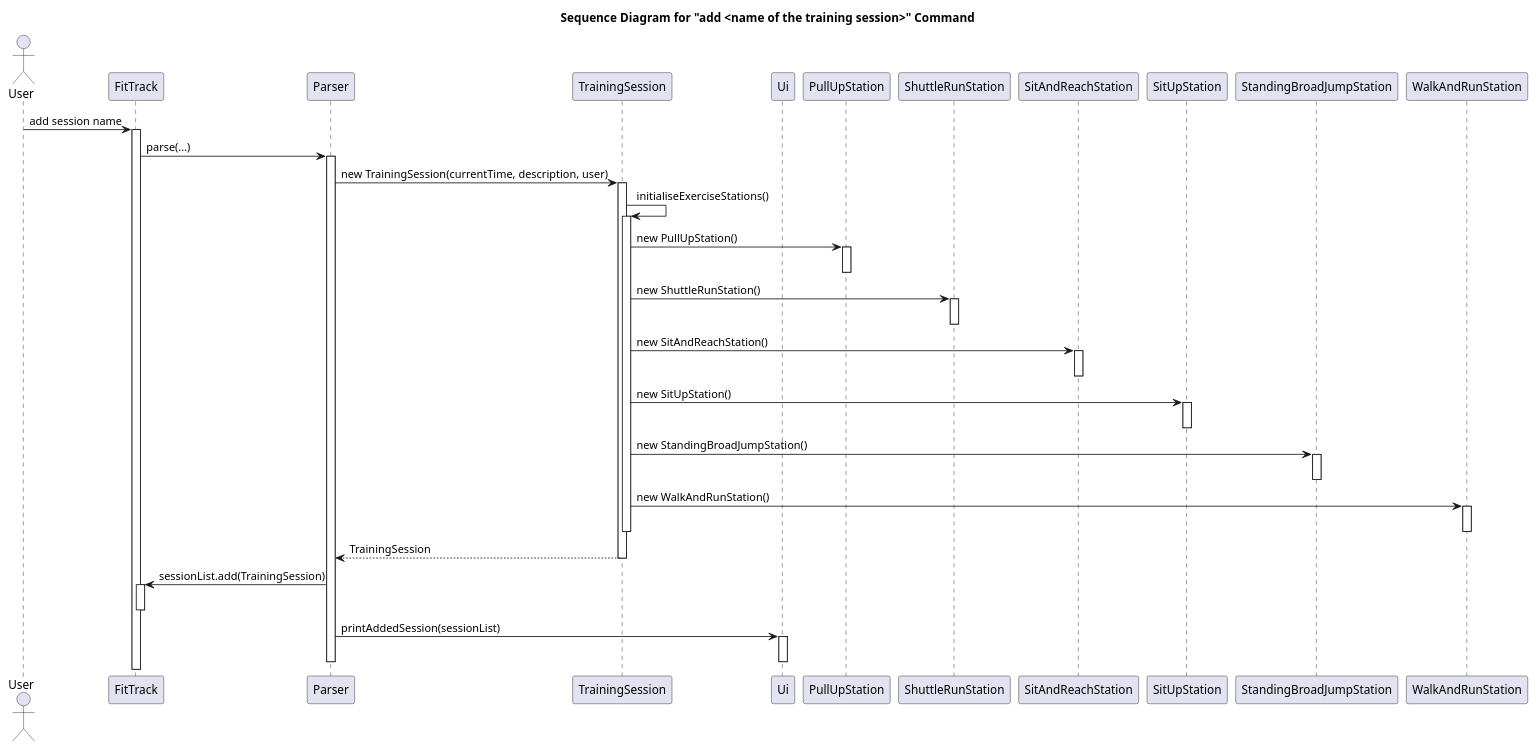
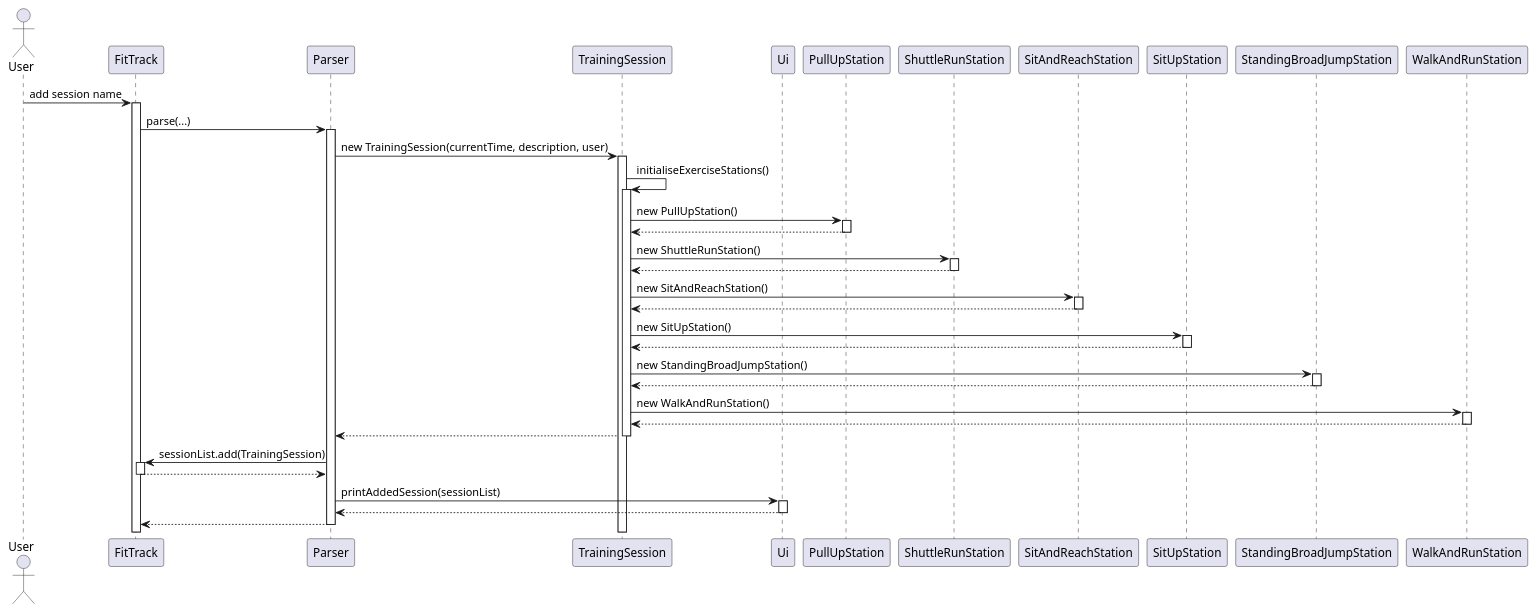
The diagram in docs/Diagrams/Sequence_addTrainingSession.puml (nus-cs2113-AY2425S1/tp), drawn with PlantUML before and after one commit. The commit also changed 1 other file, not shown here.

Commit message:
fix: correct return arrows in addTrainingSession puml diagram

```diff
--- a/docs/Diagrams/Sequence_addTrainingSession.puml
+++ b/docs/Diagrams/Sequence_addTrainingSession.puml
@@ -1,67 +1,74 @@
 @startuml
-title Sequence Diagram for "add <name of the training session>" Command
 
 actor User
 participant FitTrack
 participant Parser
 participant TrainingSession
 participant Ui
 participant PullUpStation
 participant ShuttleRunStation
 participant SitAndReachStation
 participant SitUpStation
 participant StandingBroadJumpStation
 participant WalkAndRunStation
 
 User -> FitTrack: add session name
 activate FitTrack
 
 FitTrack -> Parser: parse(...)
 activate Parser
 
 Parser -> TrainingSession: new TrainingSession(currentTime, description, user)
 activate TrainingSession
 
 ' Initialize exercise stations
 TrainingSession -> TrainingSession: initialiseExerciseStations()
 activate TrainingSession
 
 TrainingSession -> PullUpStation: new PullUpStation()
 activate PullUpStation
+return
 deactivate PullUpStation
 
 TrainingSession -> ShuttleRunStation: new ShuttleRunStation()
 activate ShuttleRunStation
+return
 deactivate ShuttleRunStation
 
 TrainingSession -> SitAndReachStation: new SitAndReachStation()
 activate SitAndReachStation
+return
 deactivate SitAndReachStation
 
 TrainingSession -> SitUpStation: new SitUpStation()
 activate SitUpStation
+return
 deactivate SitUpStation
 
 TrainingSession -> StandingBroadJumpStation: new StandingBroadJumpStation()
 activate StandingBroadJumpStation
+return
 deactivate StandingBroadJumpStation
 
 TrainingSession -> WalkAndRunStation: new WalkAndRunStation()
 activate WalkAndRunStation
+return
 deactivate WalkAndRunStation
 
-deactivate TrainingSession
-
-return TrainingSession
+TrainingSession --> Parser
 deactivate TrainingSession
 
 Parser -> FitTrack: sessionList.add(TrainingSession)
+
 activate FitTrack
-deactivate FitTrack
+return
 
 Parser -> Ui: printAddedSession(sessionList)
 activate Ui
+Ui --> Parser
 deactivate Ui
+
+Parser --> FitTrack
 
 deactivate Parser
 @enduml
```
